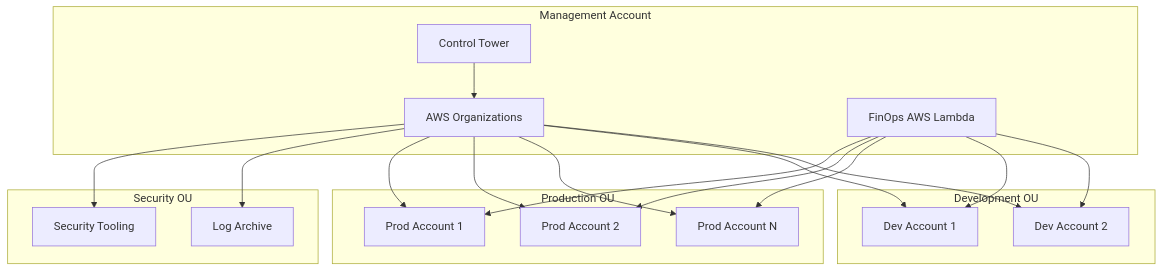
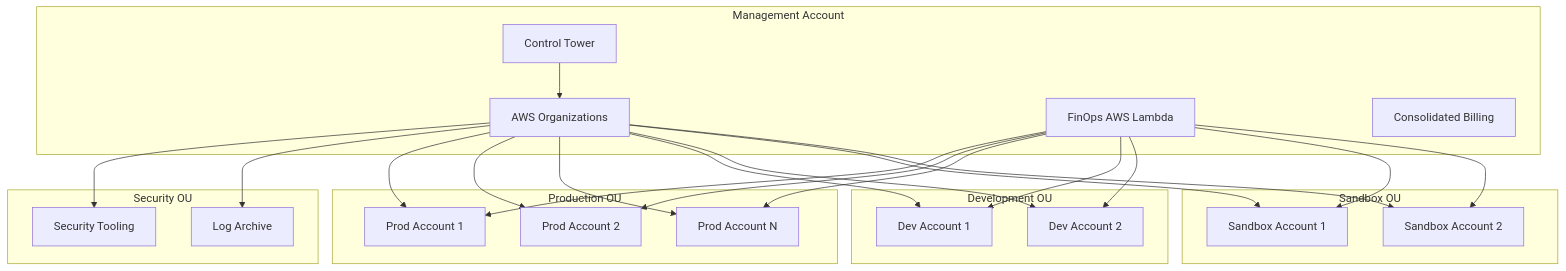
One commit to FELIPEACASTRO/finops-aws-bdr changed diagram 11 of 13 in docs/FUNCTIONAL_GUIDE.md. Above: the diagram before and after it, drawn with Mermaid. The commit also changed other lines of this file and 6 other files, not shown here.

````diff
--- a/docs/FUNCTIONAL_GUIDE.md
+++ b/docs/FUNCTIONAL_GUIDE.md
@@ -540,40 +962,50 @@
 ```mermaid
 graph TB
     subgraph "Management Account"
         A[AWS Organizations]
         B[Control Tower]
         C[FinOps AWS Lambda]
+        D[Consolidated Billing]
     end
     
     subgraph "Security OU"
-        D[Security Tooling]
-        E[Log Archive]
+        E[Security Tooling]
+        F[Log Archive]
     end
     
     subgraph "Production OU"
-        F[Prod Account 1]
-        G[Prod Account 2]
-        H[Prod Account N]
+        G[Prod Account 1]
+        H[Prod Account 2]
+        I[Prod Account N]
     end
     
     subgraph "Development OU"
-        I[Dev Account 1]
-        J[Dev Account 2]
+        J[Dev Account 1]
+        K[Dev Account 2]
     end
     
-    A --> D
+    subgraph "Sandbox OU"
+        L[Sandbox Account 1]
+        M[Sandbox Account 2]
+    end
+    
     A --> E
     A --> F
     A --> G
     A --> H
     A --> I
     A --> J
+    A --> K
+    A --> L
+    A --> M
     
-    C --> F
     C --> G
     C --> H
     C --> I
     C --> J
+    C --> K
+    C --> L
+    C --> M
     
     B --> A
 ```
````
